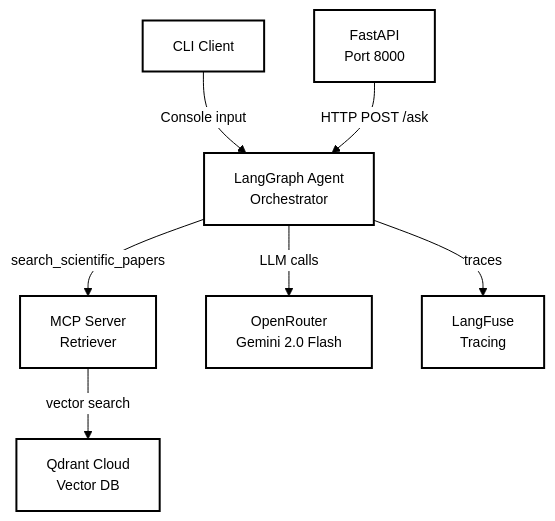
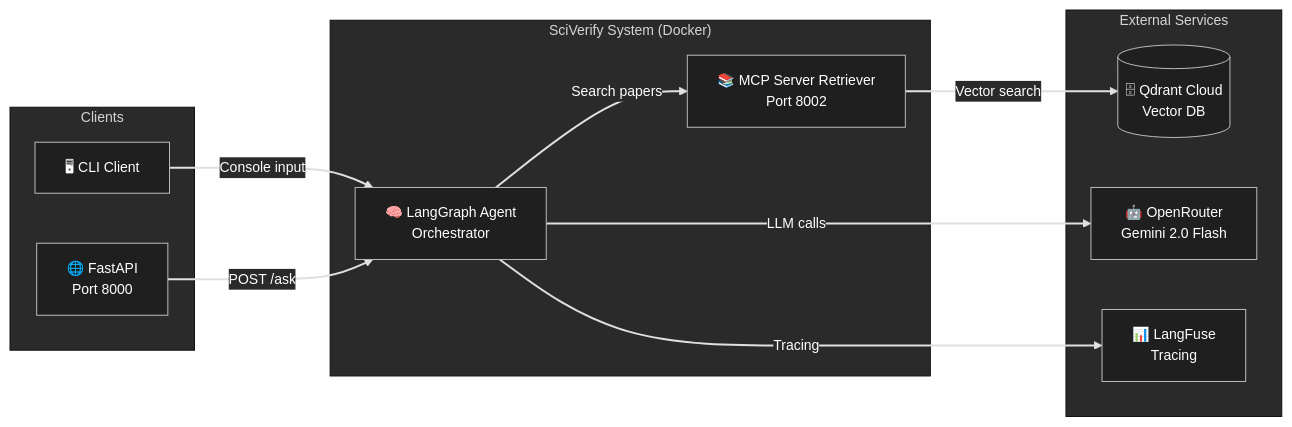
Before and after one commit to EugeneRomanov/agentic-rag-research-assistant: the diagram in docs/diagrams/c4-container.md, drawn with Mermaid. The commit also changed 9 other files, not shown here.

Commit message:
docs: update diagrams and improve formatting

````diff
--- a/docs/diagrams/c4-container.md
+++ b/docs/diagrams/c4-container.md
@@ -1,24 +1,47 @@
 ```mermaid
 %%{init: {'theme': 'base', 'themeVariables': {
-  'background': '#ffffff',
-  'primaryColor': '#ffffff',
-  'primaryBorderColor': '#000000',
-  'primaryTextColor': '#000000',
-  'lineColor': '#000000',
-  'fontFamily': 'arial',
+  'background': 'transparent',
+  'primaryColor': '#1f1f1f',
+  'primaryBorderColor': '#bbbbbb',
+  'primaryTextColor': '#ffffff',
+  'lineColor': '#e0e0e0',
+  'secondaryColor': '#2a2a2a',
+  'tertiaryColor': '#2a2a2a',
+  'fontFamily': 'Inter, Arial',
   'fontSize': '14px'
 }}}%%
 
-graph TD
-    CLI[CLI Client] -->|Console input| Agent[LangGraph Agent<br/>Orchestrator]
-    API[FastAPI<br/>Port 8000] -->|HTTP POST /ask| Agent
-    
-    Agent -->|search_scientific_papers| MCP[MCP Server<br/>Retriever]
-    
-    MCP -->|vector search| Qdrant[Qdrant Cloud<br/>Vector DB]
-    Agent -->|LLM calls| LLM[OpenRouter<br/>Gemini 2.0 Flash]
-    Agent -->|traces| LangFuse[LangFuse<br/>Tracing]
-    
-    classDef white fill:#ffffff,stroke:#000000,stroke-width:2px,color:#000000
-    class CLI,API,Agent,MCP,Qdrant,LLM,LangFuse white
+flowchart LR
+
+    %% === Clients ===
+    subgraph Clients
+        CLI[🖥 CLI Client]
+        API[🌐 FastAPI<br/>Port 8000]
+    end
+
+    %% === Core System ===
+    subgraph "SciVerify System (Docker)"
+        Agent[🧠 LangGraph Agent<br/>Orchestrator]
+        MCP[📚 MCP Server Retriever<br/>Port 8002]
+    end
+
+    %% === External Services ===
+    subgraph "External Services"
+        Qdrant[(🗄 Qdrant Cloud<br/>Vector DB)]
+        LLM[🤖 OpenRouter<br/>Gemini 2.0 Flash]
+        LangFuse[📊 LangFuse<br/>Tracing]
+    end
+
+    %% === Flows ===
+    CLI -->|Console input| Agent
+    API -->|POST /ask| Agent
+
+    Agent -->|Search papers| MCP
+    MCP -->|Vector search| Qdrant
+
+    Agent -->|LLM calls| LLM
+    Agent -->|Tracing| LangFuse
+
+    %% === Extra styling for visibility ===
+    linkStyle default stroke:#e0e0e0,stroke-width:2px
 ```
````
